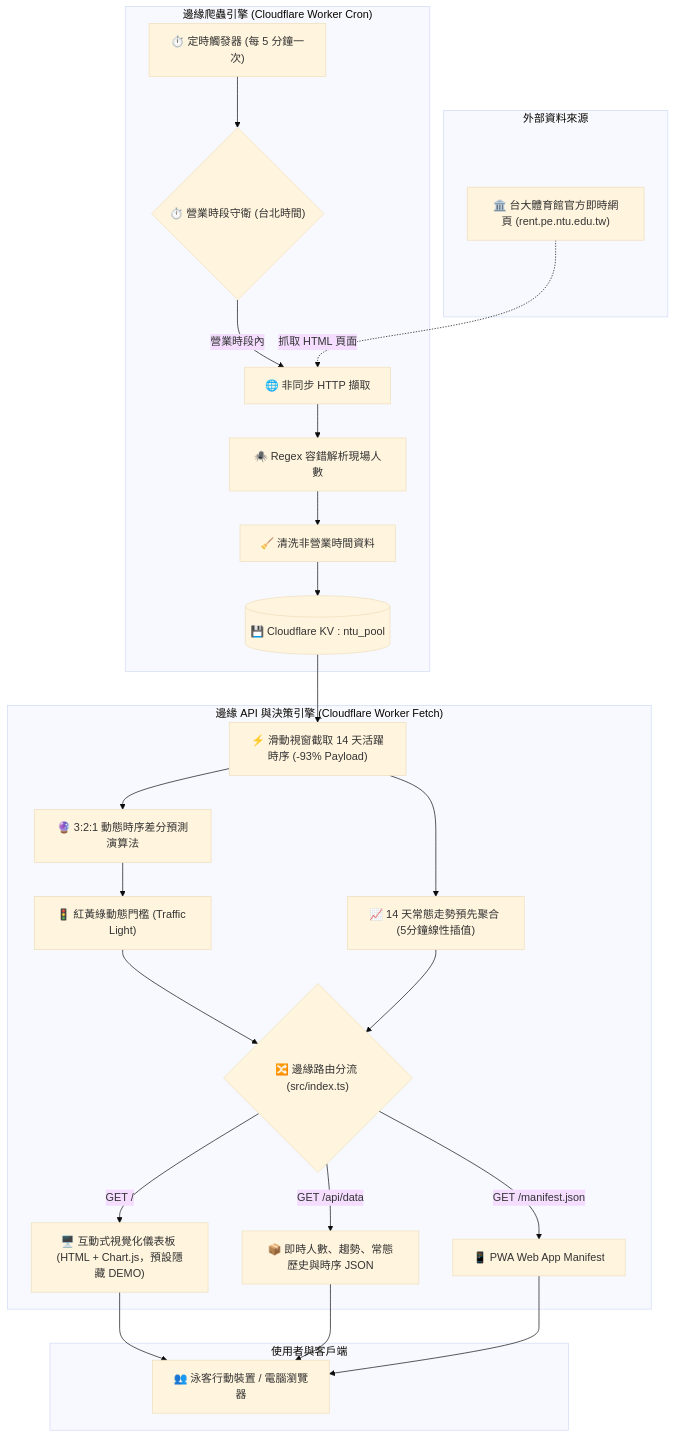
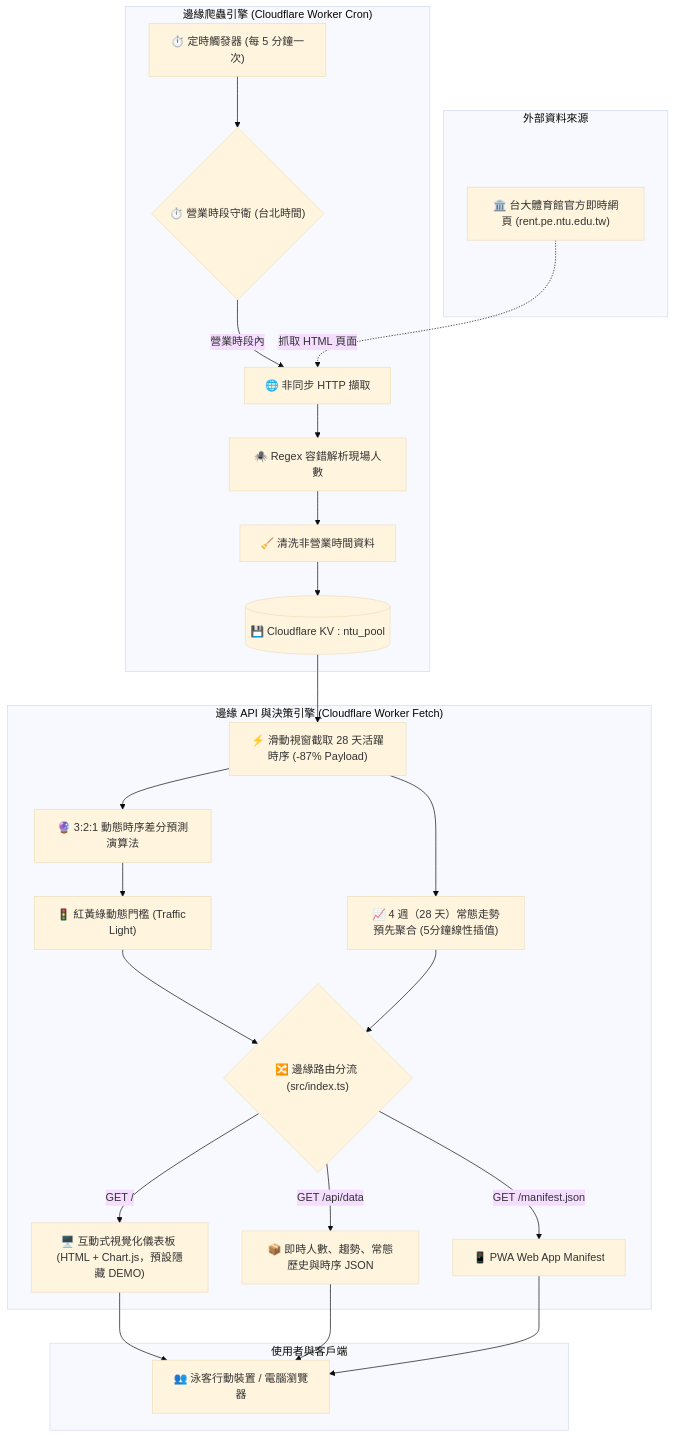
Before and after one commit to 8915ethan/ntu-pool: the diagram in README.md, drawn with Mermaid (base theme). The commit also changed other lines of this file and 1 other file, not shown here.

Commit message:
docs: update typical history calculation window to 4 weeks (28 days)

````diff
--- a/README.md
+++ b/README.md
@@ -45,34 +45,34 @@
 ```mermaid
 flowchart TD
     subgraph External["外部資料來源"]
         NTU["🏛️ 台大體育館官方即時網頁 (rent.pe.ntu.edu.tw)"]
     end
 
     subgraph CrawlerEngine["邊緣爬蟲引擎 (Cloudflare Worker Cron)"]
         Cron["⏱️ 定時觸發器 (每 5 分鐘一次)"] --> Guard{"⏱️ 營業時段守衛 (台北時間)"}
         Guard -->|營業時段內| Fetcher["🌐 非同步 HTTP 擷取"]
         NTU -. 抓取 HTML 頁面 .-> Fetcher
         Fetcher --> Regex["🕷️ Regex 容錯解析現場人數"]
         Regex --> Sanitizer["🧹 清洗非營業時間資料"]
         Sanitizer --> KV[("💾 Cloudflare KV : ntu_pool")]
     end
 
     subgraph ServiceEngine["邊緣 API 與決策引擎 (Cloudflare Worker Fetch)"]
-        KV --> Window["⚡ 滑動視窗截取 14 天活躍時序 (-93% Payload)"]
-        Window --> TypCalc["📈 14 天常態走勢預先聚合 (5分鐘線性插值)"]
+        KV --> Window["⚡ 滑動視窗截取 28 天活躍時序 (-87% Payload)"]
+        Window --> TypCalc["📈 4 週（28 天）常態走勢預先聚合 (5分鐘線性插值)"]
         Window --> Algo["🔮 3:2:1 動態時序差分預測演算法"]
         Algo --> Threshold["🚦 紅黃綠動態門檻 (Traffic Light)"]
         Threshold --> Routes{"🔀 邊緣路由分流 (src/index.ts)"}
         TypCalc --> Routes
         
         Routes -->|GET /| Dashboard["🖥️ 互動式視覺化儀表板 (HTML + Chart.js，預設隱藏 DEMO)"]
         Routes -->|GET /api/data| API["📦 即時人數、趨勢、常態歷史與時序 JSON"]
         Routes -->|GET /manifest.json| PWA["📱 PWA Web App Manifest"]
     end
 
     subgraph Clients["使用者與客戶端"]
         Dashboard --> Users["👥 泳客行動裝置 / 電腦瀏覽器"]
         API --> Users
         PWA --> Users
     end
 ```
````
